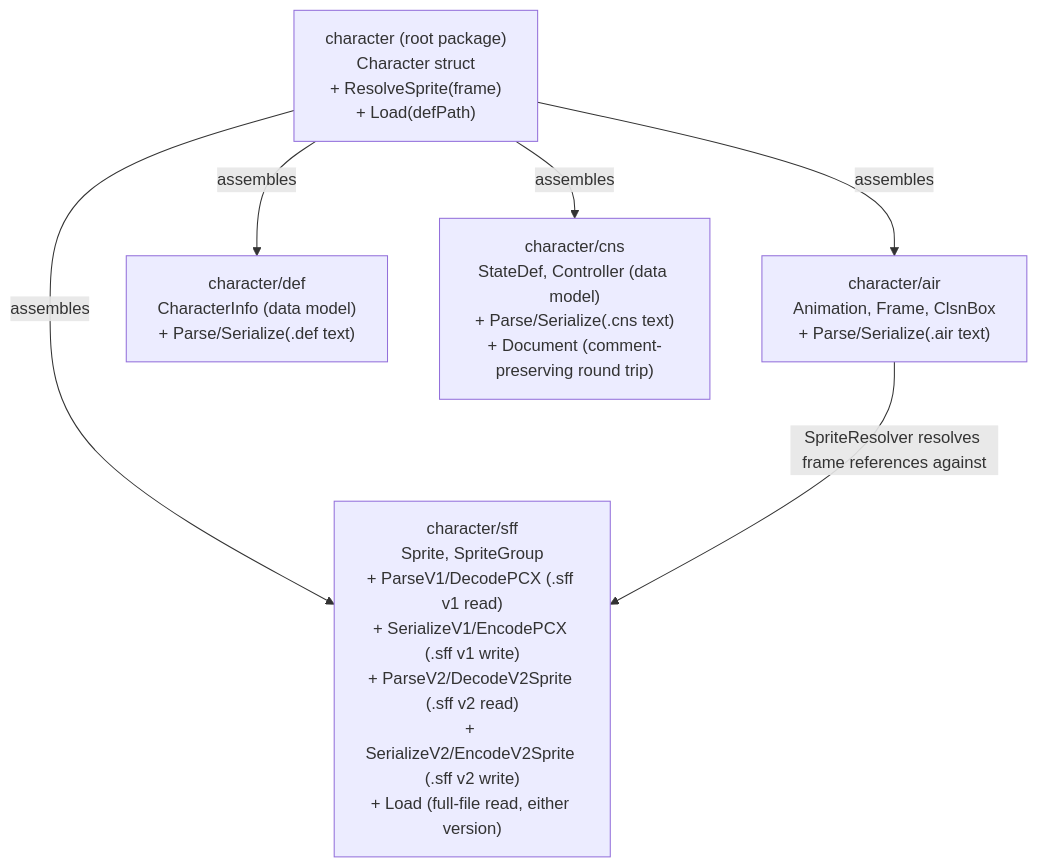
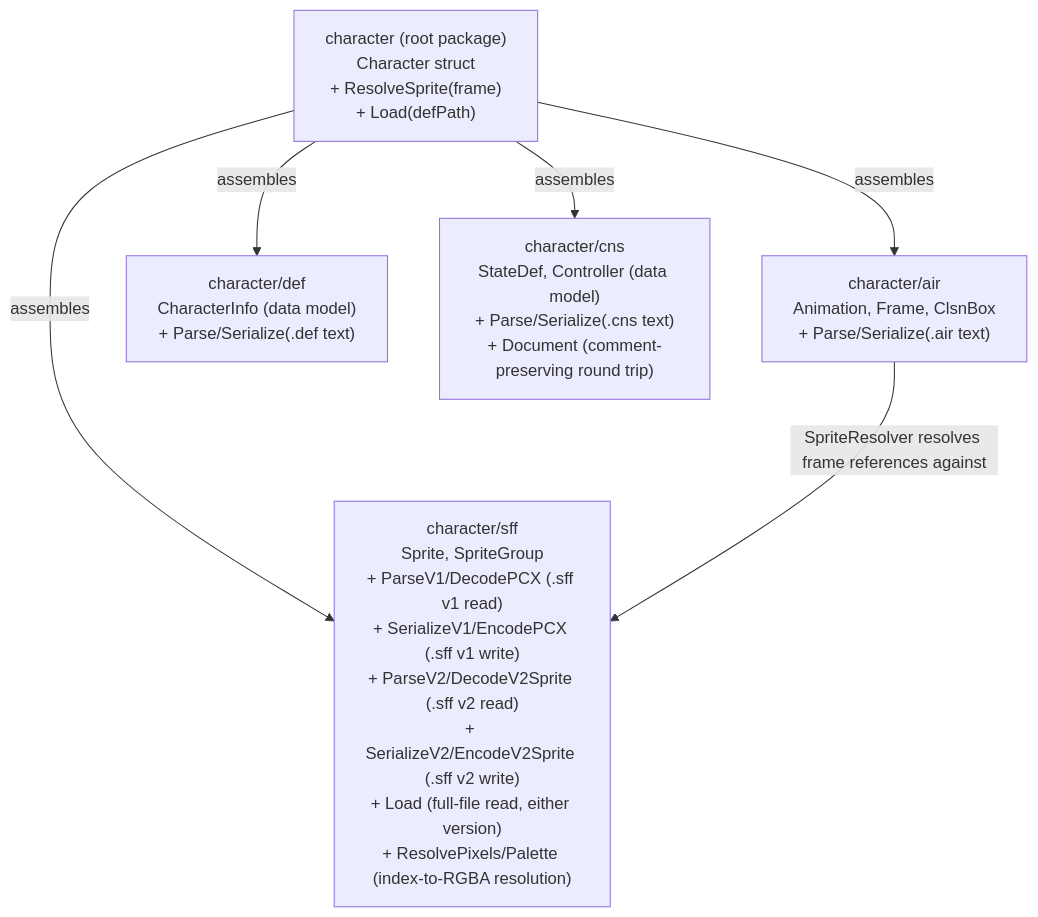
Before and after one commit to openkakutou/character: the diagram in docs/architecture.md, drawn with Mermaid. The commit also changed other lines of this file and 12 other files, not shown here.

Commit message:
feat: resolve decoded sprite pixel data into its actual on-screen colors using the sprite's palette, including reading a .sff v1 sprite's own embedded palette and following .sff v2 palette bank sharing/linking, with the correct transparency rule applied depending on how the sprite was encoded

````diff
--- a/docs/architecture.md
+++ b/docs/architecture.md
@@ -11,14 +11,14 @@
 ```mermaid
 graph TD
     root["character (root package)<br/>Character struct<br/>+ ResolveSprite(frame)<br/>+ Load(defPath)"]
     air["character/air<br/>Animation, Frame, ClsnBox<br/>+ Parse/Serialize(.air text)"]
     def["character/def<br/>CharacterInfo (data model)<br/>+ Parse/Serialize(.def text)"]
-    sff["character/sff<br/>Sprite, SpriteGroup<br/>+ ParseV1/DecodePCX (.sff v1 read)<br/>+ SerializeV1/EncodePCX (.sff v1 write)<br/>+ ParseV2/DecodeV2Sprite (.sff v2 read)<br/>+ SerializeV2/EncodeV2Sprite (.sff v2 write)<br/>+ Load (full-file read, either version)"]
+    sff["character/sff<br/>Sprite, SpriteGroup<br/>+ ParseV1/DecodePCX (.sff v1 read)<br/>+ SerializeV1/EncodePCX (.sff v1 write)<br/>+ ParseV2/DecodeV2Sprite (.sff v2 read)<br/>+ SerializeV2/EncodeV2Sprite (.sff v2 write)<br/>+ Load (full-file read, either version)<br/>+ ResolvePixels/Palette (index-to-RGBA resolution)"]
     cns["character/cns<br/>StateDef, Controller (data model)<br/>+ Parse/Serialize(.cns text)<br/>+ Document (comment-preserving round trip)"]
 
     root -->|assembles| air
     root -->|assembles| def
     root -->|assembles| sff
     root -->|assembles| cns
     air -->|SpriteResolver resolves frame references against| sff
 ```
````
